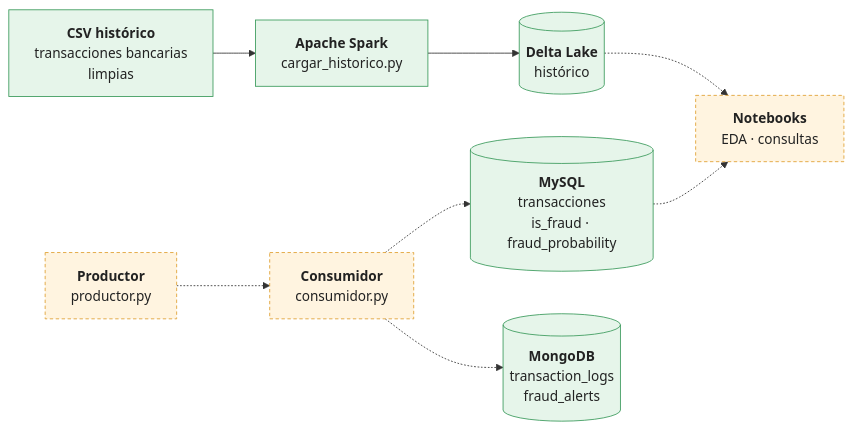
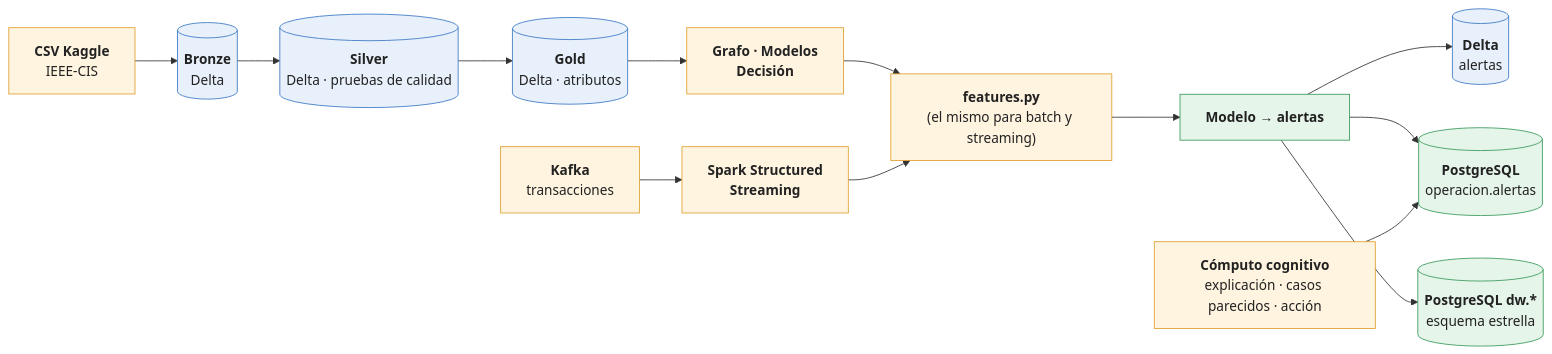
The diagram in README.md (Zidnz/pp25-v2), drawn with Mermaid before and after one commit. The commit also changed other lines of this file and 42 other files, not shown here.

Commit message:
Agrega fraude-pipeline (versión corregida en Spark/Kafka/PostgreSQL) y actualiza el README

````diff
--- a/README.md
+++ b/README.md
@@ -62,23 +58,24 @@
 ```mermaid
 flowchart LR
-    CSV["<b>CSV histórico</b><br/>transacciones bancarias<br/>limpias"]
-    SP["<b>Apache Spark</b><br/>cargar_historico.py"]
-    DL[("<b>Delta Lake</b><br/>histórico")]
-    PR["<b>Productor</b><br/>productor.py"]
-    CO["<b>Consumidor</b><br/>consumidor.py"]
-    MY[("<b>MySQL</b><br/>transacciones<br/>is_fraud · fraud_probability")]
-    MO[("<b>MongoDB</b><br/>transaction_logs<br/>fraud_alerts")]
-    NB["<b>Notebooks</b><br/>EDA · consultas"]
+    CSV["<b>CSV Kaggle</b><br/>IEEE-CIS"] --> BR[("<b>Bronze</b><br/>Delta")]
+    BR --> SI[("<b>Silver</b><br/>Delta · pruebas de calidad")]
+    SI --> GO[("<b>Gold</b><br/>Delta · atributos")]
+    GO --> MOD["<b>Grafo · Modelos<br/>Decisión</b>"]
 
-    CSV --> SP --> DL
-    PR -.-> CO
-    CO -.-> MY
-    CO -.-> MO
-    DL -.-> NB
-    MY -.-> NB
+    KA["<b>Kafka</b><br/>transacciones"] --> ST["<b>Spark Structured<br/>Streaming</b>"]
+    MOD --> FE["<b>features.py</b><br/>(el mismo para batch y streaming)"]
+    ST --> FE
+    FE --> AL["<b>Modelo → alertas</b>"]
 
-    classDef hecho fill:#e6f5ea,stroke:#3a9a5b,color:#222
-    classDef pendiente fill:#fff4e0,stroke:#e0a030,color:#222,stroke-dasharray: 4 3
-    class CSV,SP,DL,MY,MO hecho
-    class PR,CO,NB pendiente
+    AL --> DA[("<b>Delta</b><br/>alertas")]
+    AL --> PA[("<b>PostgreSQL</b><br/>operacion.alertas")]
+    COG["<b>Cómputo cognitivo</b><br/>explicación · casos parecidos · acción"] --> PA
+    AL --> DW[("<b>PostgreSQL dw.*</b><br/>esquema estrella")]
+
+    classDef datos fill:#e8f1fb,stroke:#3b78c4,color:#222
+    classDef proceso fill:#fff4e0,stroke:#e0a030,color:#222
+    classDef salida fill:#e6f5ea,stroke:#3a9a5b,color:#222
+    class BR,SI,GO,DA datos
+    class CSV,KA,ST,MOD,FE,COG proceso
+    class AL,PA,DW salida
 ```
````
